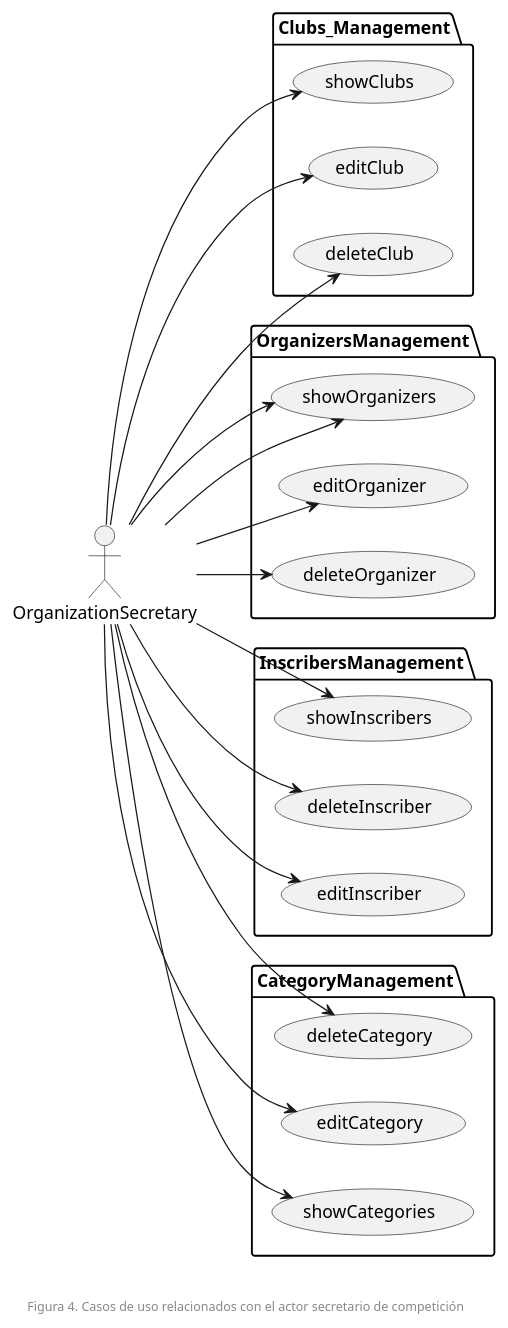
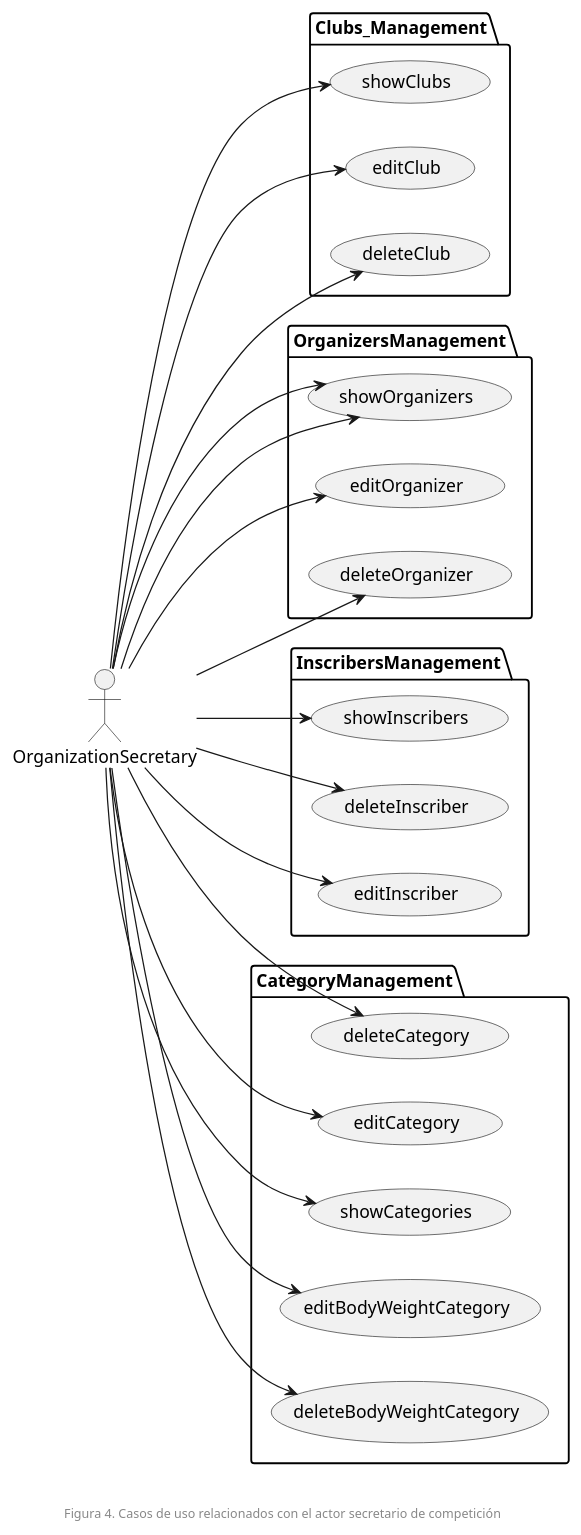
The diagram in documentation/diagrams/usecases/organizationSecretary.puml (zuldare/mastercloud_pfm_halterocms), drawn with PlantUML before and after one commit. The commit also changed 4 other files, not shown here.

```diff
--- a/documentation/diagrams/usecases/organizationSecretary.puml
+++ b/documentation/diagrams/usecases/organizationSecretary.puml
@@ -1,47 +1,51 @@
 @startuml
 
 left to right direction
 
 package Clubs_Management {
     usecase showClubs
     usecase editClub
     usecase deleteClub
 }
 
 package OrganizersManagement {
   usecase showOrganizers
   usecase editOrganizer
   usecase deleteOrganizer
 }
 
 package InscribersManagement {
   usecase showInscribers
   usecase deleteInscriber
   usecase editInscriber
 }
 
 package CategoryManagement {
   usecase deleteCategory
   usecase editCategory
   usecase showCategories
+  usecase editBodyWeightCategory
+  usecase deleteBodyWeightCategory
 }
 
 OrganizationSecretary --> showClubs
 OrganizationSecretary --> editClub
 OrganizationSecretary --> deleteClub
+OrganizationSecretary --> editBodyWeightCategory
+OrganizationSecretary --> deleteBodyWeightCategory
 
 OrganizationSecretary --> showOrganizers
 OrganizationSecretary --> editOrganizer
 OrganizationSecretary --> deleteOrganizer
 OrganizationSecretary --> showOrganizers
 
 OrganizationSecretary --> deleteInscriber
 OrganizationSecretary --> editInscriber
 OrganizationSecretary --> showInscribers
 
 OrganizationSecretary --> deleteCategory
 OrganizationSecretary --> editCategory
 OrganizationSecretary --> showCategories
 
 footer \n\nFigura 4. Casos de uso relacionados con el actor secretario de competición
 @enduml
```
